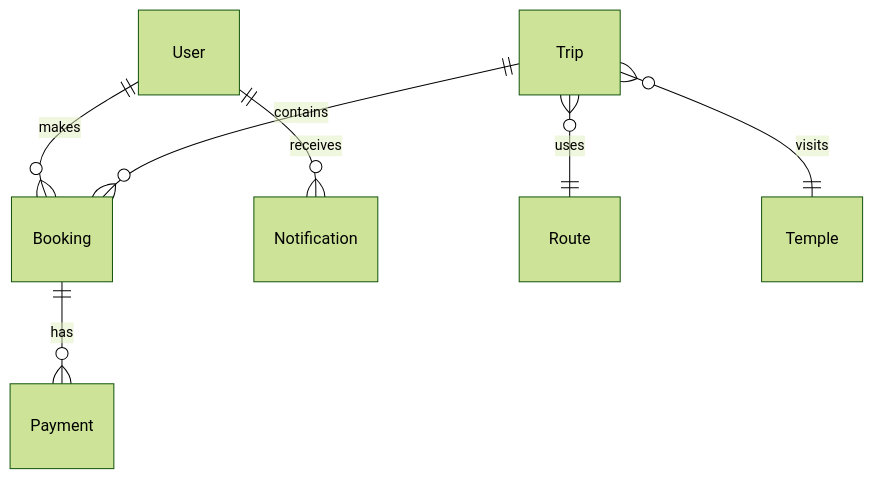
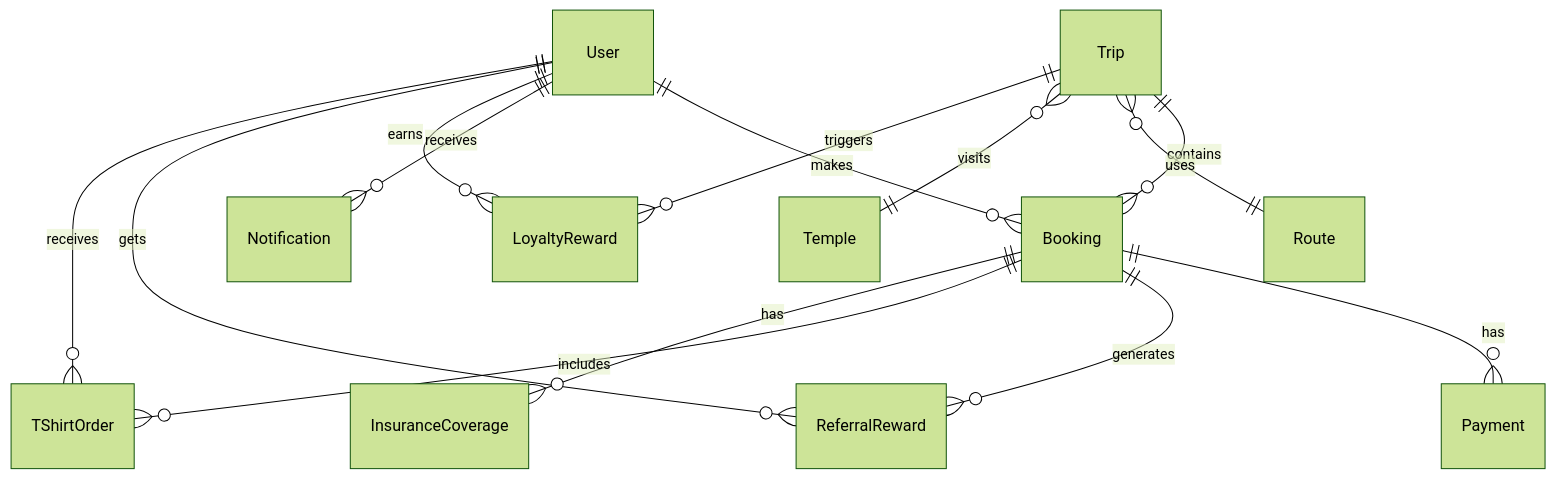
One commit to jitenkr2030/Weekend-Darshan changed the diagram in README.md. Above: the diagram before and after it, drawn with Mermaid (forest theme). The commit also changed other lines of this file and 6 other files, not shown here.

````diff
--- a/README.md
+++ b/README.md
@@ -161,9 +201,16 @@
 ```mermaid
 erDiagram
     User ||--o{ Booking : makes
     User ||--o{ Notification : receives
+    User ||--o{ LoyaltyReward : earns
+    User ||--o{ ReferralReward : gets
+    User ||--o{ TShirtOrder : receives
     Trip ||--o{ Booking : contains
     Trip }o--|| Route : uses
     Trip }o--|| Temple : visits
+    Trip ||--o{ LoyaltyReward : triggers
     Booking ||--o{ Payment : has
+    Booking ||--o{ ReferralReward : generates
+    Booking ||--o{ TShirtOrder : includes
+    Booking ||--o{ InsuranceCoverage : has
 ```
````
